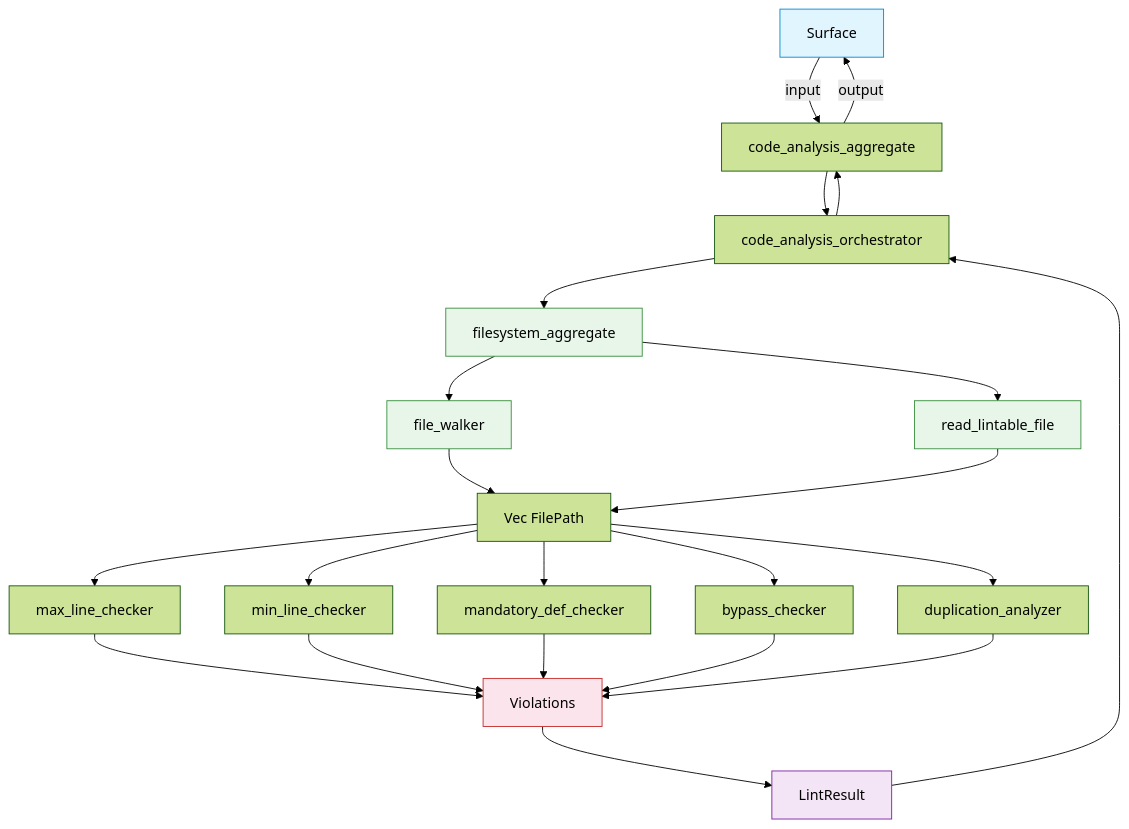
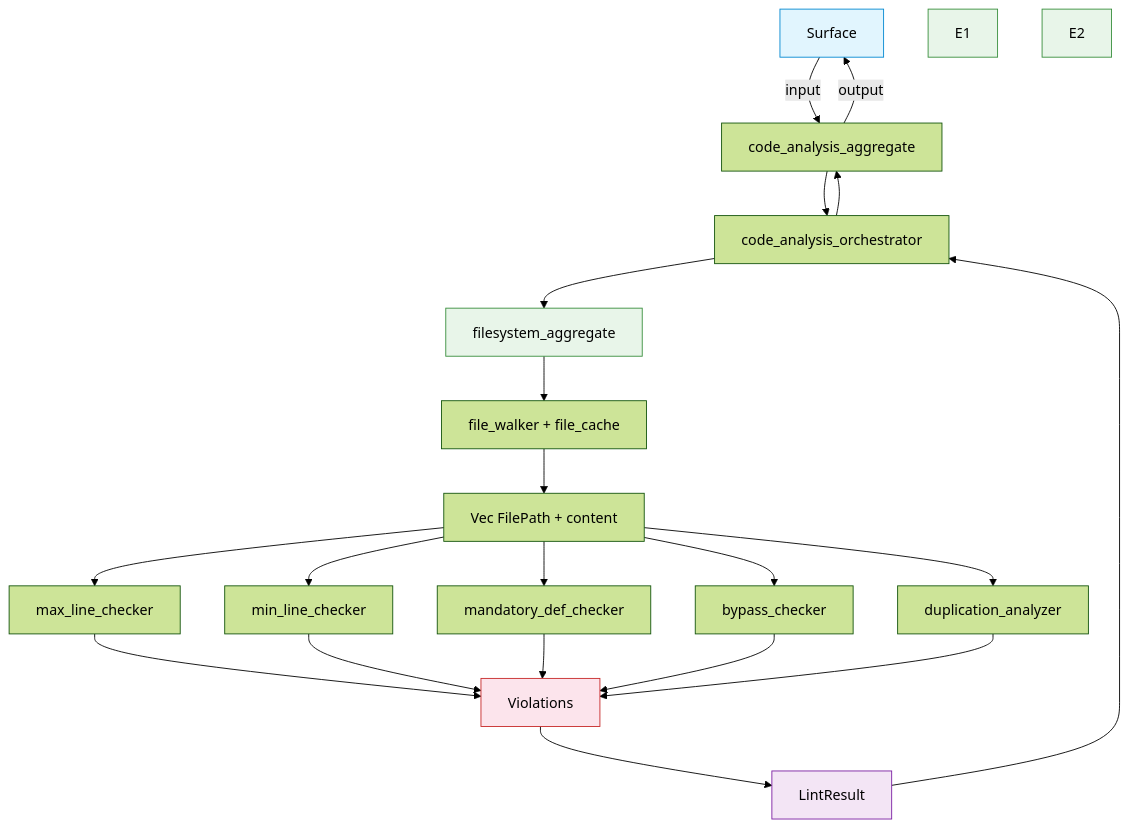
The diagram in crates/code-analysis/FRD.md (rakaarwaky/lint-arwaky), drawn with Mermaid (forest theme) before and after one commit.

Commit message:
fix: code-analysis mermaid — file_walker + file_cache (not read_lintable_file)
read_lintable_file is in utility_filesystem_io, not a capability.
The 5 filesystem capabilities are: file_walker, file_cache,
ast_parser, import_extractor, dependency_graph

````diff
--- a/crates/code-analysis/FRD.md
+++ b/crates/code-analysis/FRD.md
@@ -9,31 +9,29 @@
 ```mermaid
 flowchart TD
     A["Surface"] -->|input| B["code_analysis_aggregate"]
     B --> C["code_analysis_orchestrator"]
     C --> D["filesystem_aggregate"]
-    D --> E1["file_walker"]
-    D --> E2["read_lintable_file"]
-    E1 --> G["Vec FilePath"]
-    E2 --> G
+    D --> E["file_walker + file_cache"]
+    E --> G["Vec FilePath + content"]
     G --> H1["max_line_checker"]
     G --> H2["min_line_checker"]
     G --> H3["mandatory_def_checker"]
     G --> H4["bypass_checker"]
     G --> H5["duplication_analyzer"]
     H1 --> I["Violations"]
     H2 --> I
     H3 --> I
     H4 --> I
     H5 --> I
     I --> J["LintResult"]
     J --> C
     C --> B
     B -->|output| A
 
     style A fill:#e1f5fe,stroke:#0288d1
     style D fill:#e8f5e9,stroke:#388e3c
     style E1 fill:#e8f5e9,stroke:#388e3c
     style E2 fill:#e8f5e9,stroke:#388e3c
     style I fill:#fce4ec,stroke:#c62828
     style J fill:#f3e5f5,stroke:#7b1fa2
 ```
````
